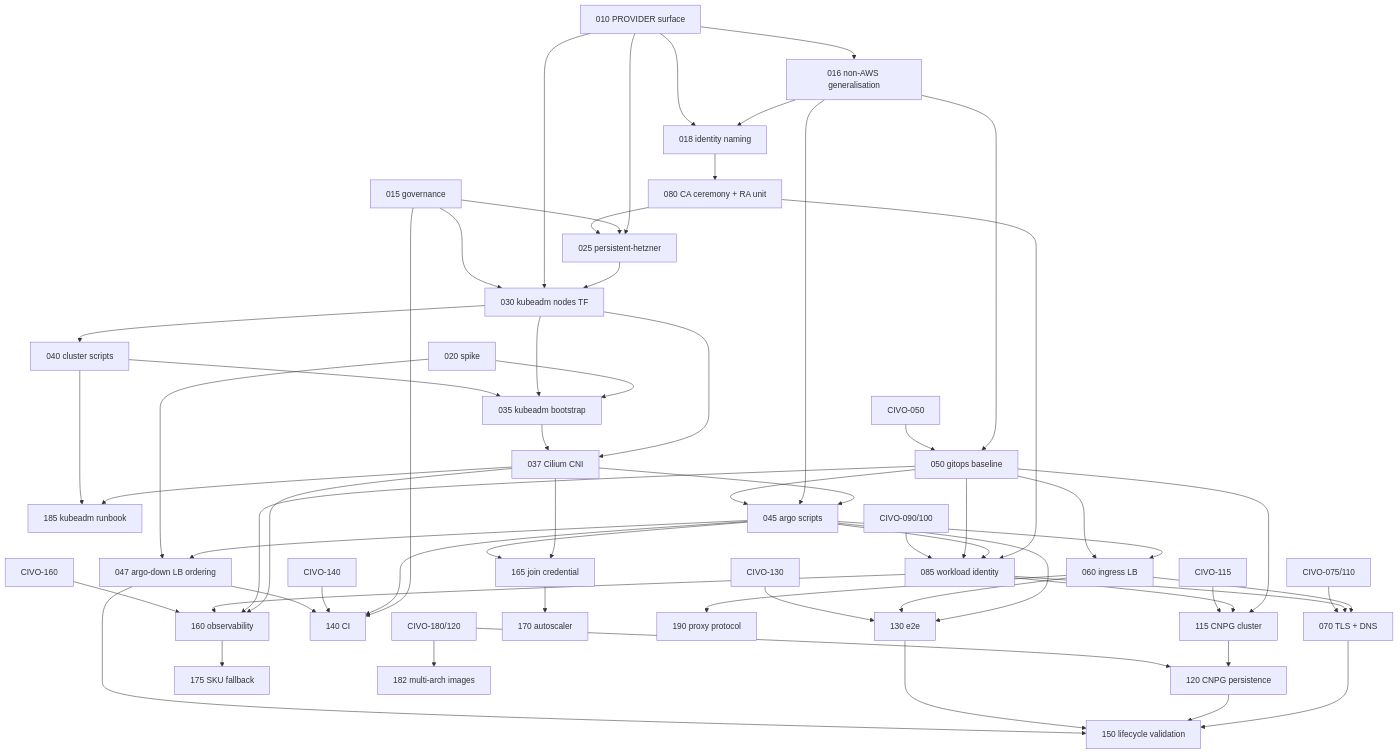
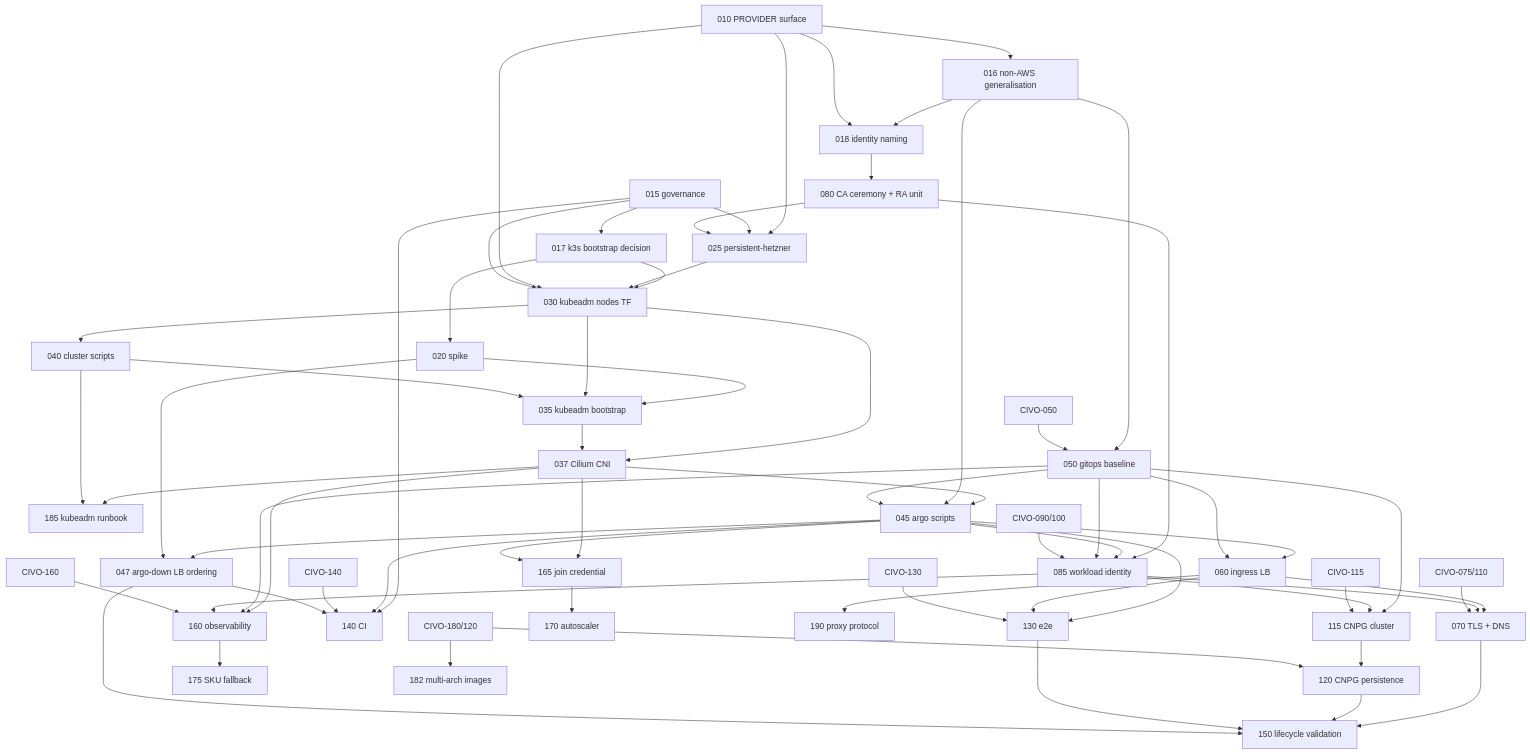
The diagram in specs/hetzner/roadmap.md (savak1990/vk-lab-platform), drawn with Mermaid before and after one commit. The commit also changed other lines of this file and 3 other files, not shown here.

````diff
--- a/specs/hetzner/roadmap.md
+++ b/specs/hetzner/roadmap.md
@@ -13,63 +13,66 @@
 ```mermaid
 flowchart TD
   010[010 PROVIDER surface] --> 016[016 non-AWS generalisation]
   016 --> 018[018 identity naming]
   010 --> 018
   010 --> 025[025 persistent-hetzner]
   015[015 governance] --> 025
+  015 --> 017[017 k3s bootstrap decision]
+  017 --> 030
+  017 --> 020
   015 --> 140[140 CI]
   020[020 spike] --> 035[035 kubeadm bootstrap]
   025 --> 030[030 kubeadm nodes TF]
   010 --> 030
   015 --> 030
   030 --> 040[040 cluster scripts]
   030 --> 035
   040 --> 035
   030 --> 037[037 Cilium CNI]
   035 --> 037
   037 --> 045[045 argo scripts]
   016 --> 045
   050[050 gitops baseline] --> 045
   016 --> 050
   C050[CIVO-050] --> 050
   045 --> 060[060 ingress LB]
   050 --> 060
   045 --> 047[047 argo-down LB ordering]
   020 --> 047
   018 --> 080[080 CA ceremony + RA unit]
   080 --> 025
   080 --> 085[085 workload identity]
   045 --> 085
   050 --> 085
   C090[CIVO-090/100] --> 085
   060 --> 070[070 TLS + DNS]
   085 --> 070
   C075[CIVO-075/110] --> 070
   050 --> 115[115 CNPG cluster]
   085 --> 115
   C115[CIVO-115] --> 115
   115 --> 120[120 CNPG persistence]
   C180[CIVO-180/120] --> 120
   C180 --> 182[182 multi-arch images]
   045 --> 130[130 e2e]
   060 --> 130
   C130[CIVO-130] --> 130
   045 --> 140
   C140[CIVO-140] --> 140
   037 --> 160[160 observability]
   050 --> 160
   085 --> 160
   C160[CIVO-160] --> 160
   070 --> 150[150 lifecycle validation]
   120 --> 150
   130 --> 150
   047 --> 150
   047 --> 140
   037 --> 165[165 join credential]
   045 --> 165
   165 --> 170[170 autoscaler]
   037 --> 185[185 kubeadm runbook]
   040 --> 185
   160 --> 175[175 SKU fallback]
   060 --> 190[190 proxy protocol]
 ```
````
